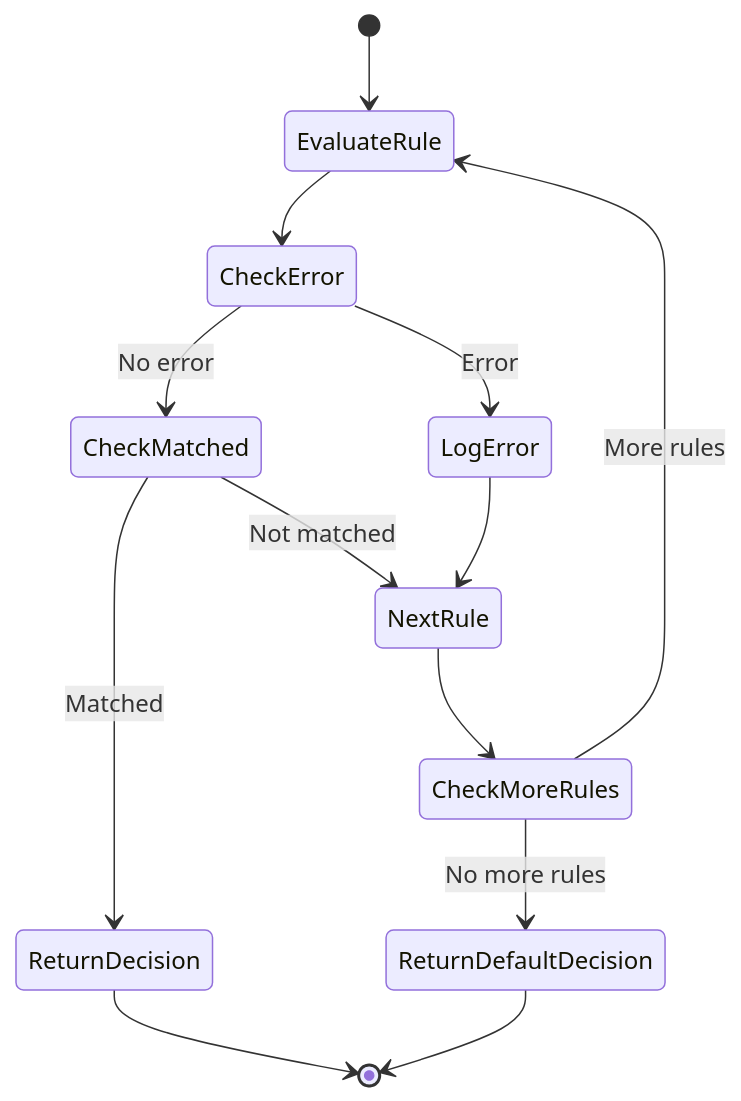
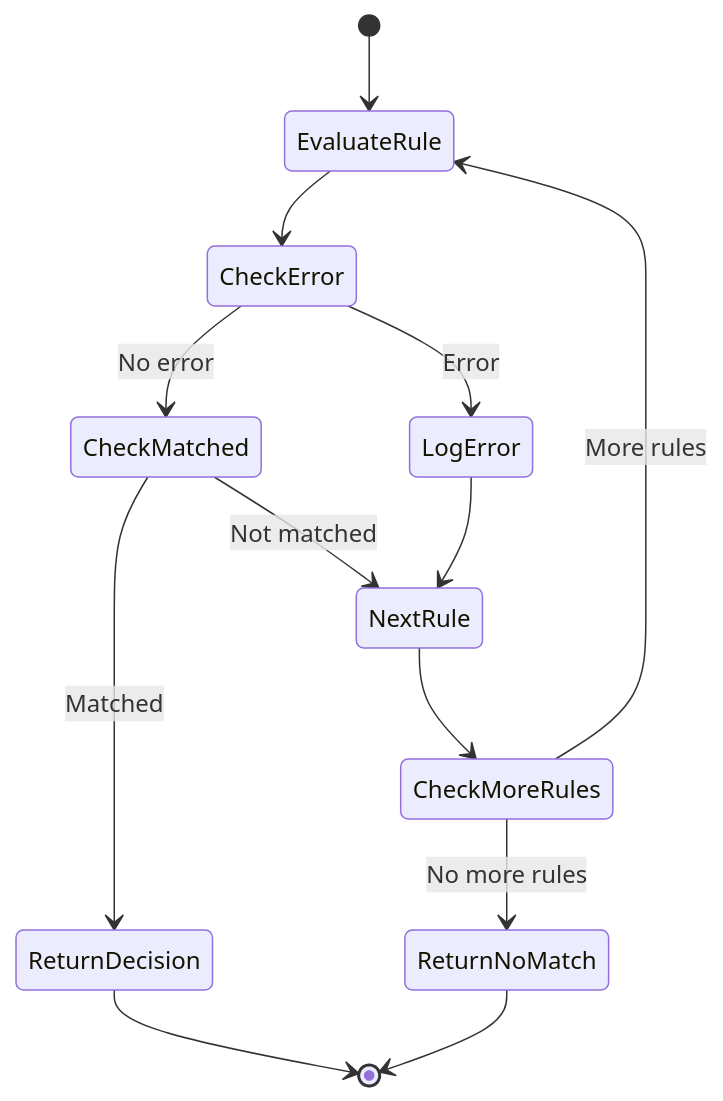
Before and after one commit to twistingmercury/mnemonic-mcp: diagram 18 of 18 in docs/design/routing-engine.md, drawn with Mermaid. The commit also changed other lines of this file and 26 other files, not shown here.

````diff
--- a/docs/design/routing-engine.md
+++ b/docs/design/routing-engine.md
@@ -1118,23 +1066,23 @@
 ```mermaid
 stateDiagram-v2
     [*] --> EvaluateRule
     EvaluateRule --> CheckError
 
     state CheckError <<choice>>
     CheckError --> CheckMatched: No error
     CheckError --> LogError: Error
 
     state CheckMatched <<choice>>
     CheckMatched --> ReturnDecision: Matched
     CheckMatched --> NextRule: Not matched
 
     LogError --> NextRule
     NextRule --> CheckMoreRules
 
     state CheckMoreRules <<choice>>
     CheckMoreRules --> EvaluateRule: More rules
-    CheckMoreRules --> ReturnDefaultDecision: No more rules
+    CheckMoreRules --> ReturnNoMatch: No more rules
 
     ReturnDecision --> [*]
-    ReturnDefaultDecision --> [*]
+    ReturnNoMatch --> [*]
 ```
````
